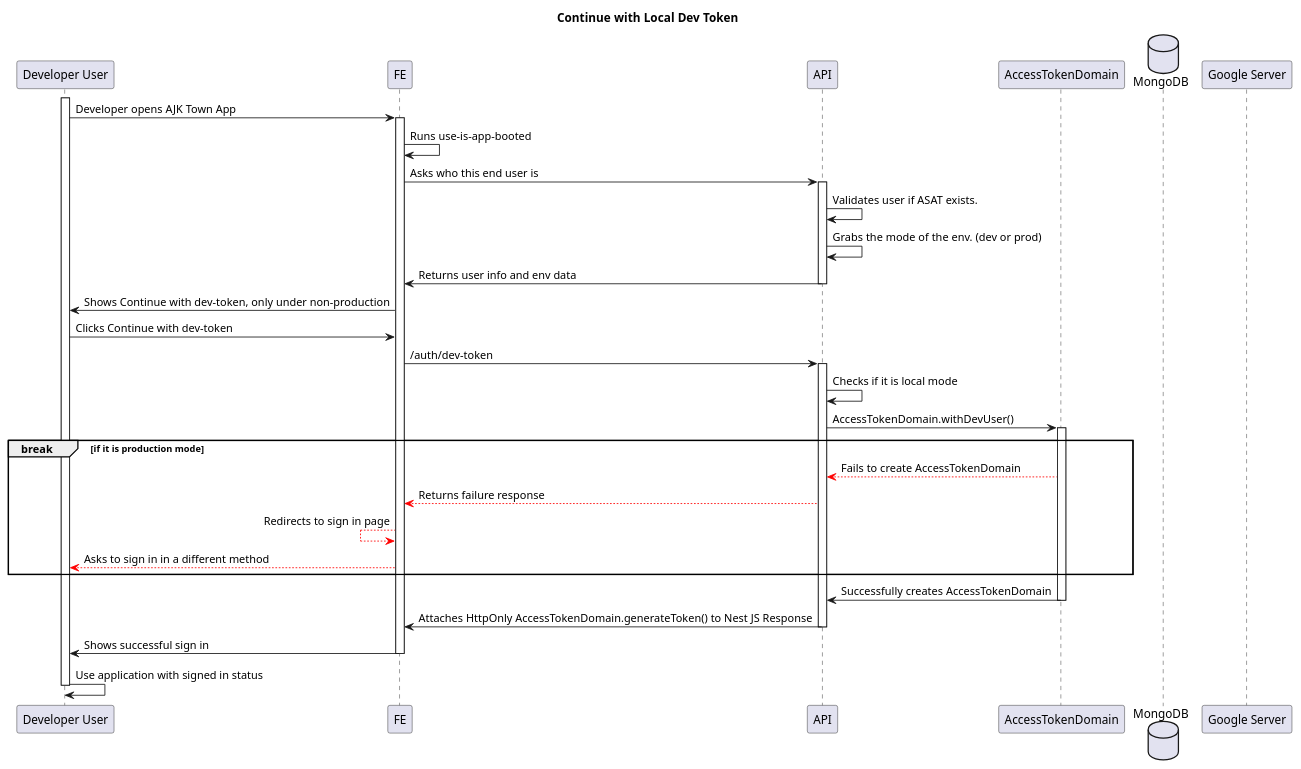
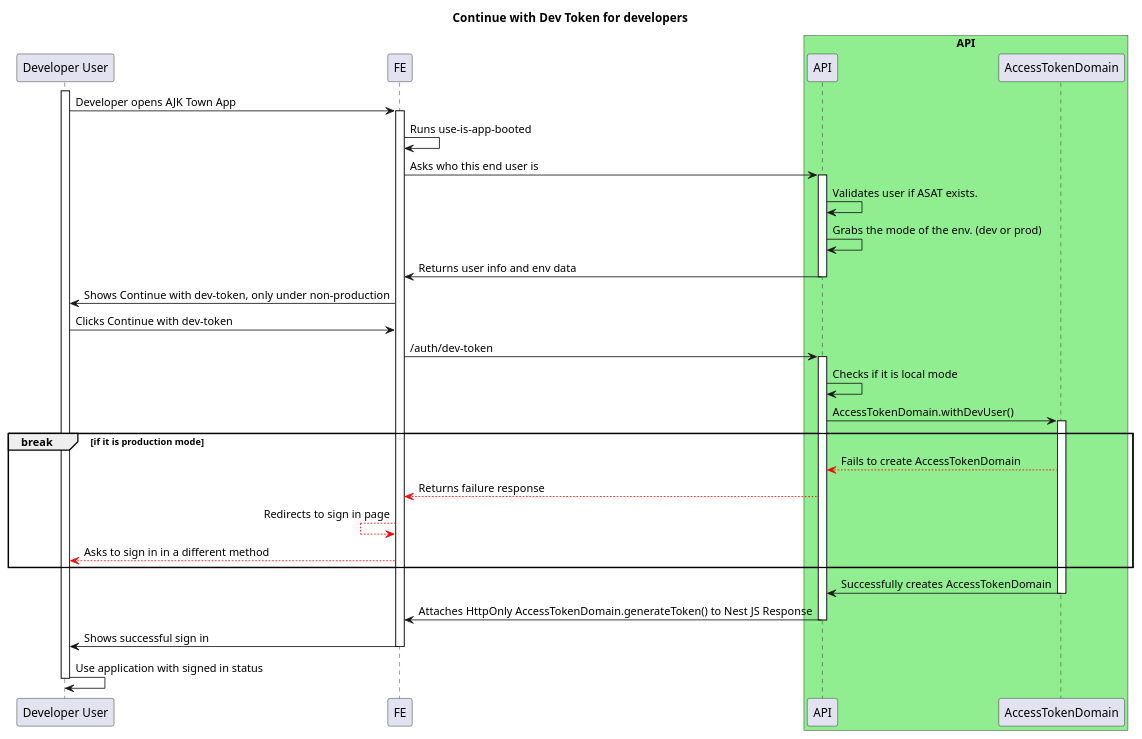
The diagram in auth/auth-flow-dev.md (ajktown/docs), drawn with PlantUML before and after one commit. The commit also changed other lines of this file and 4 other files, not shown here.

````diff
--- a/auth/auth-flow-dev.md
+++ b/auth/auth-flow-dev.md
@@ -28,47 +30,47 @@
 ```plantuml
 
 @startuml
 
-title Continue with Local Dev Token
+title Continue with Dev Token for developers
 
 participant "Developer User" as user
 participant "FE" as fe
-participant "API" as api
-participant "AccessTokenDomain" as atd
-database "MongoDB" as db
-participant "Google Server" as google
+box "API" #Lightgreen
+  participant "API" as api
+  participant "AccessTokenDomain" as atd
+box
 
 activate user
   user -> fe: Developer opens AJK Town App
   activate fe
     fe -> fe: Runs use-is-app-booted
     fe -> api: Asks who this end user is
     activate api
       api -> api: Validates user if ASAT exists.
       api -> api: Grabs the mode of the env. (dev or prod)
       fe <- api: Returns user info and env data
     deactivate api
     user <- fe: Shows Continue with dev-token, only under non-production
     user -> fe: Clicks Continue with dev-token
     fe -> api: /auth/dev-token
     activate api
       api -> api: Checks if it is local mode
       api -> atd: AccessTokenDomain.withDevUser()
       activate atd
         break if it is production mode
           api <[#red]-- atd : Fails to create AccessTokenDomain
           fe <[#red]-- api : Returns failure response
           fe <[#red]-- fe : Redirects to sign in page
           user <[#red]-- fe: Asks to sign in in a different method
         end break
         api <- atd: Successfully creates AccessTokenDomain
       deactivate atd
       fe <- api: Attaches HttpOnly AccessTokenDomain.generateToken() to Nest JS Response
     deactivate api
     user <- fe: Shows successful sign in
   deactivate fe
   user -> user: Use application with signed in status
 deactivate user
 
 
 ```
````
